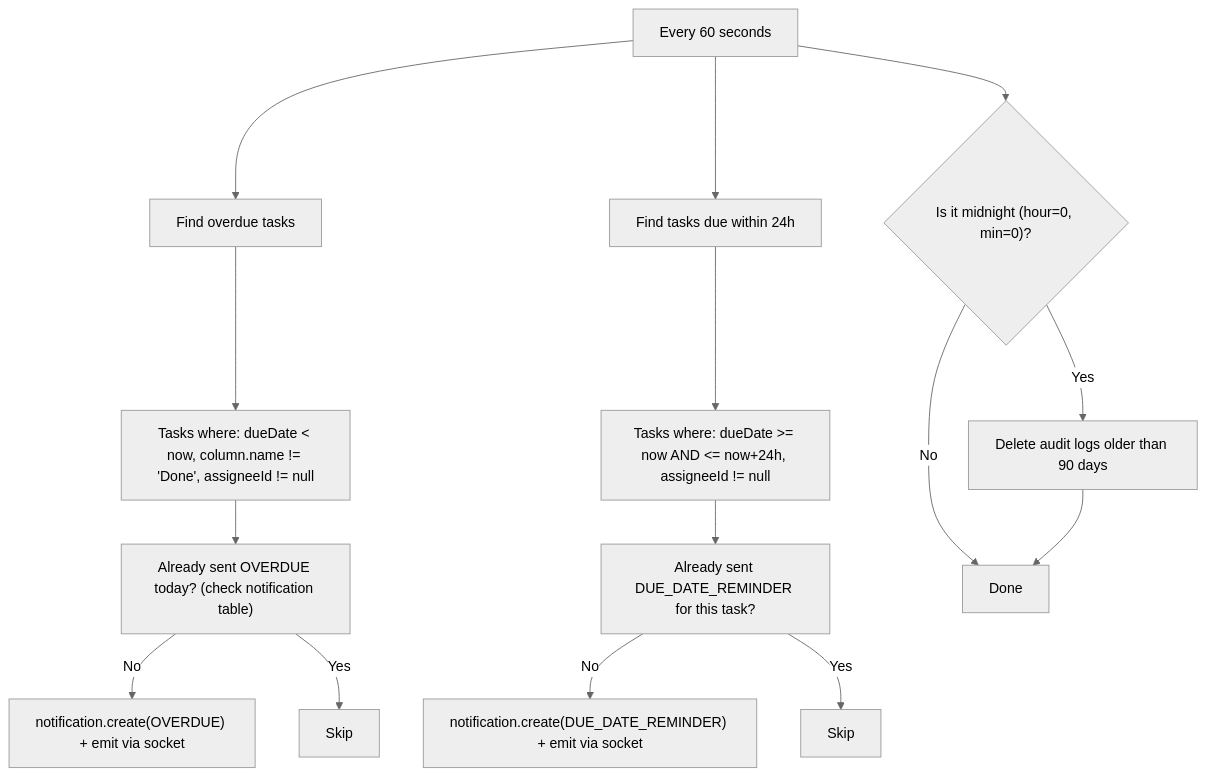
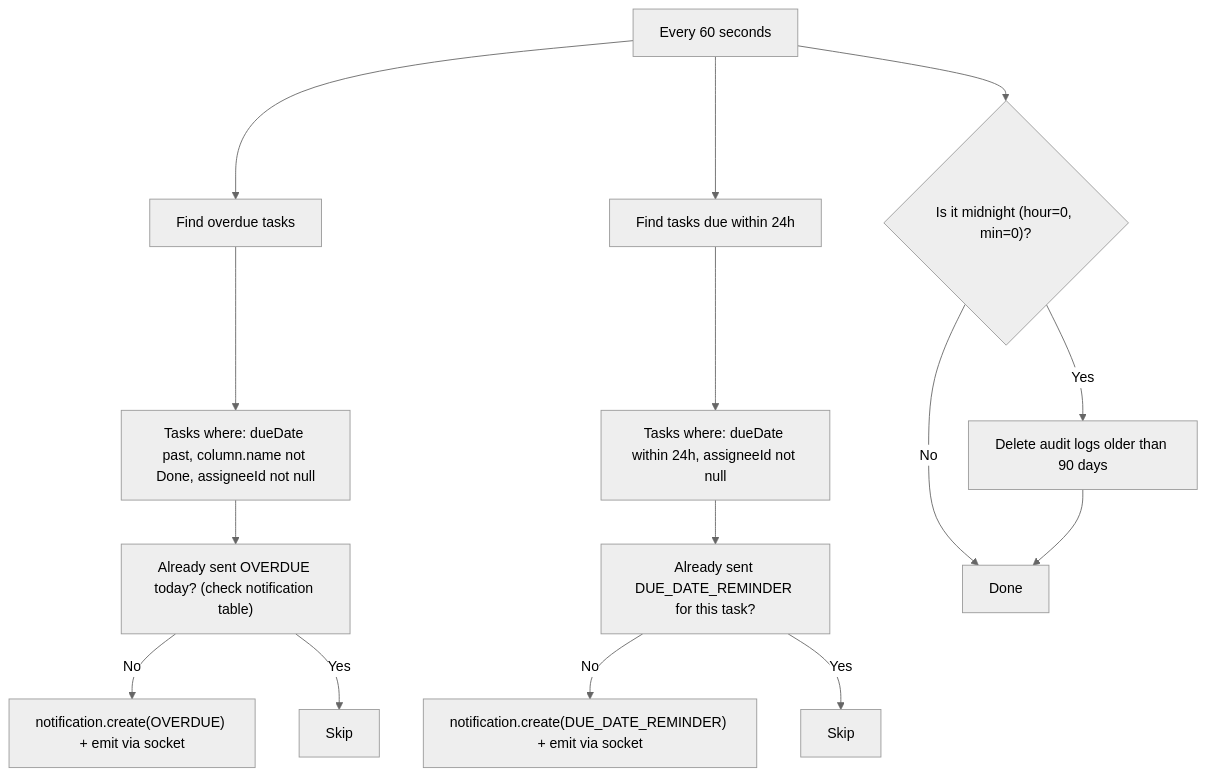
The fourth of 5 diagrams in docs/06-notification-system.md (asefahmed500/Smart-Task-App_IIT_DU_Final_Project), drawn with Mermaid (neutral theme) before and after one commit. The commit also changed other lines of this file and 9 other files, not shown here.

Commit message:
fix: update AGENTS.md with Vercel deployment notes and additional mermaid cleanups

````diff
--- a/docs/06-notification-system.md
+++ b/docs/06-notification-system.md
@@ -192,19 +192,19 @@
 ```mermaid
 flowchart TD
     START["Every 60 seconds"] --> OVERDUE_CHECK["Find overdue tasks"]
-    OVERDUE_CHECK --> OVERDUE_TASKS["Tasks where: dueDate < now, column.name != 'Done', assigneeId != null"]
+    OVERDUE_CHECK --> OVERDUE_TASKS["Tasks where: dueDate past, column.name not Done, assigneeId not null"]
     OVERDUE_TASKS --> DEDUP_O["Already sent OVERDUE today? (check notification table)"]
     DEDUP_O -->|No| CREATE_O["notification.create(OVERDUE) + emit via socket"]
     DEDUP_O -->|Yes| SKIP_O["Skip"]
 
     START --> DUE_CHECK["Find tasks due within 24h"]
-    DUE_CHECK --> DUE_TASKS["Tasks where: dueDate >= now AND <= now+24h, assigneeId != null"]
+    DUE_CHECK --> DUE_TASKS["Tasks where: dueDate within 24h, assigneeId not null"]
     DUE_TASKS --> DEDUP_D["Already sent DUE_DATE_REMINDER for this task?"]
     DEDUP_D -->|No| CREATE_D["notification.create(DUE_DATE_REMINDER) + emit via socket"]
     DEDUP_D -->|Yes| SKIP_D["Skip"]
 
     START --> MIDNIGHT{"Is it midnight (hour=0, min=0)?"}
     MIDNIGHT -->|Yes| CLEANUP["Delete audit logs older than 90 days"]
     MIDNIGHT -->|No| DONE["Done"]
     CLEANUP --> DONE
 ```
````
